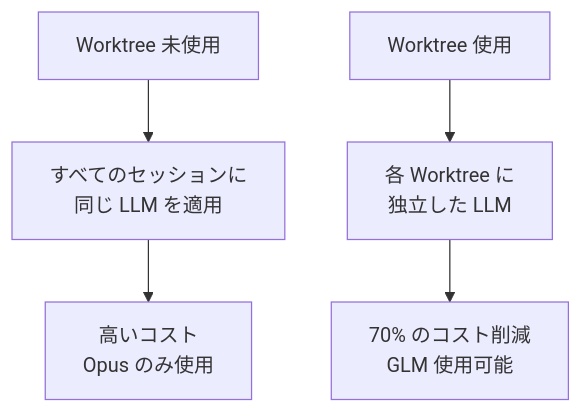
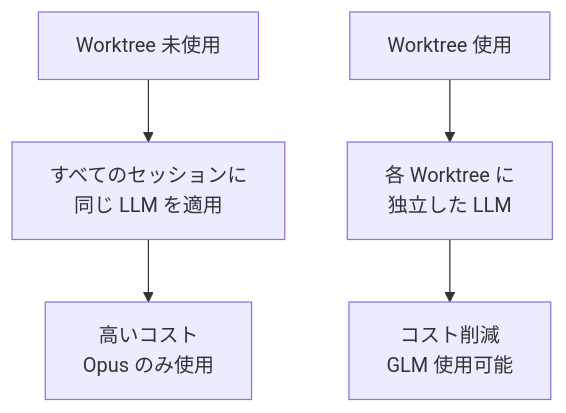
The second of 9 diagrams in docs-site/content/ja/worktree/faq.md (modu-ai/moai-adk), drawn with Mermaid before and after one commit. The commit also changed other lines of this file and 53 other files, not shown here.

````diff
--- a/docs-site/content/ja/worktree/faq.md
+++ b/docs-site/content/ja/worktree/faq.md
@@ -68,8 +68,8 @@
 ```mermaid
 graph TB
     A[Worktree 未使用] --> B[すべてのセッションに<br/>同じ LLM を適用]
     B --> C[高いコスト<br/>Opus のみ使用]
 
     D[Worktree 使用] --> E[各 Worktree に<br/>独立した LLM]
-    E --> F[70% のコスト削減<br/>GLM 使用可能]
+    E --> F[コスト削減<br/>GLM 使用可能]
 ```
````
